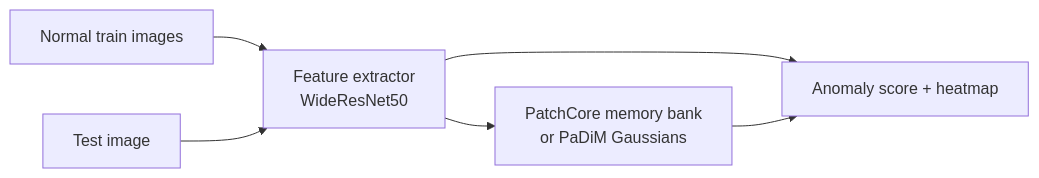
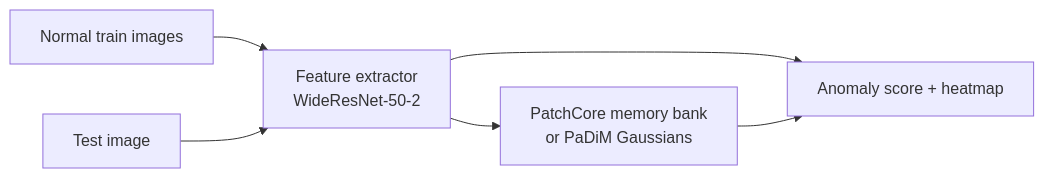
The diagram in README.md (Naman1821/VisionAnomaly), drawn with Mermaid before and after one commit. The commit also changed other lines of this file and 2 other files, not shown here.

````diff
--- a/README.md
+++ b/README.md
@@ -36,8 +15,8 @@
 ```mermaid
 flowchart LR
-  A[Normal train images] --> B[Feature extractor\nWideResNet50]
+  A[Normal train images] --> B[Feature extractor\nWideResNet-50-2]
   B --> C[PatchCore memory bank\nor PaDiM Gaussians]
   D[Test image] --> B
   B --> E[Anomaly score + heatmap]
   C --> E
 ```
````
